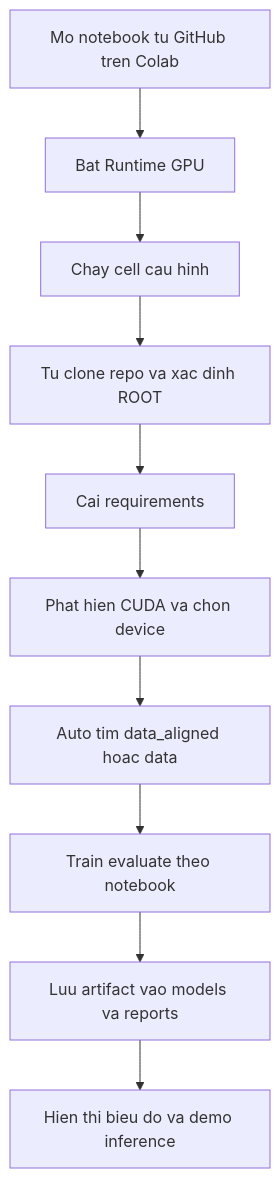
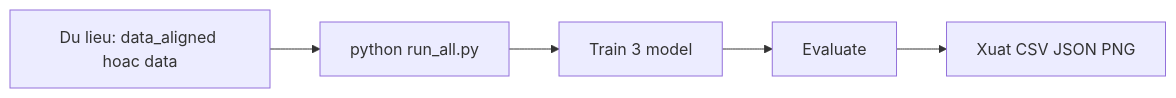
The diagram in README.md (Khoidep-zai/BigData_Vaipe), drawn with Mermaid before and after one commit. The commit also changed other lines of this file and 12 other files, not shown here.

````diff
--- a/README.md
+++ b/README.md
@@ -107,12 +123,7 @@
 ```mermaid
-flowchart TD
-  A[Mo notebook tu GitHub tren Colab] --> B[Bat Runtime GPU]
-  B --> C[Chay cell cau hinh]
-  C --> D[Tu clone repo va xac dinh ROOT]
-  D --> E[Cai requirements]
-  E --> F[Phat hien CUDA va chon device]
-  F --> G[Auto tim data_aligned hoac data]
-  G --> H[Train evaluate theo notebook]
-  H --> I[Luu artifact vao models va reports]
-  I --> J[Hien thi bieu do va demo inference]
+flowchart LR
+  A[Du lieu: data_aligned hoac data] --> B[python run_all.py]
+  B --> C[Train 3 model]
+  C --> D[Evaluate]
+  D --> E[Xuat CSV JSON PNG]
 ```
````
